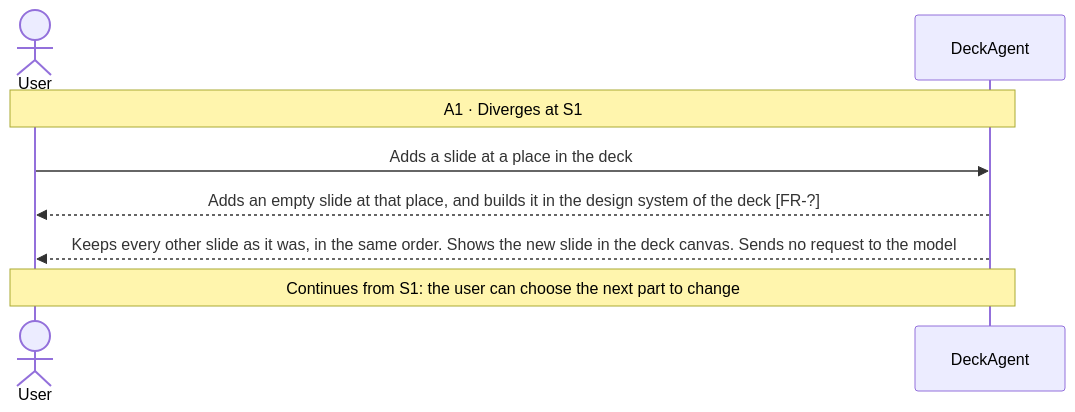
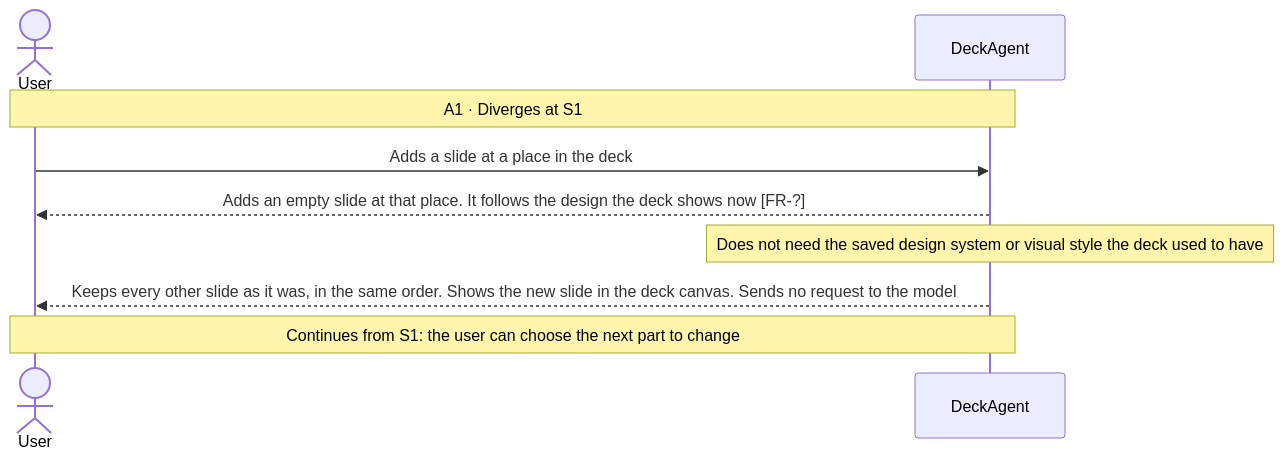
Before and after one commit to Luke23127006/DeckAgent: the second of 8 diagrams in docs/spec/03-use-cases/UC-007.md, drawn with Mermaid. The commit also changed 31 other files, not shown here.

Commit message:
docs(spec): define independent design systems and visual styles

````diff
--- a/docs/spec/03-use-cases/UC-007.md
+++ b/docs/spec/03-use-cases/UC-007.md
@@ -56,10 +56,11 @@
 ```mermaid
 sequenceDiagram
     actor User
     participant DeckAgent
     Note over User,DeckAgent: A1 · Diverges at S1
     User->>DeckAgent: Adds a slide at a place in the deck
-    DeckAgent-->>User: Adds an empty slide at that place, and builds it in the design system of the deck [FR-?]
+    DeckAgent-->>User: Adds an empty slide at that place. It follows the design the deck shows now [FR-?]
+    note over DeckAgent: Does not need the saved design system or visual style the deck used to have
     DeckAgent-->>User: Keeps every other slide as it was, in the same order. Shows the new slide in the deck canvas. Sends no request to the model
     Note over User,DeckAgent: Continues from S1: the user can choose the next part to change
 ```
````
